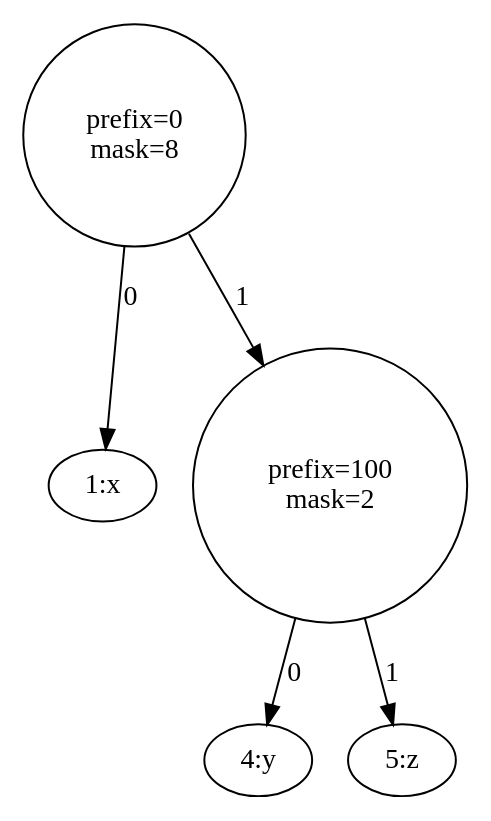
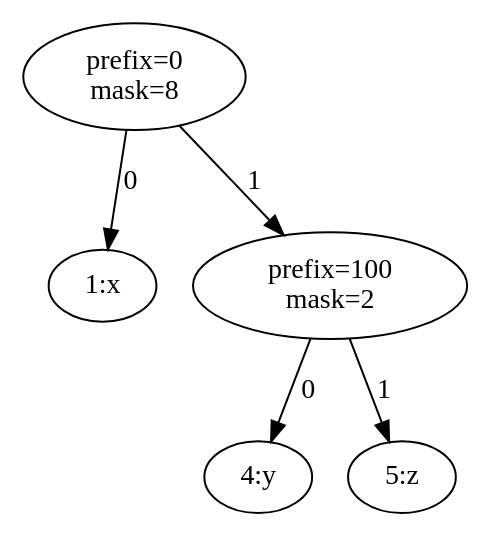
Before and after one commit to liuxinyu95/AlgoXY: the diagram in algo/datastruct/tree/trie/img/int-patricia-haskell-insert.dot, drawn with Graphviz. The commit also changed 1 other file, not shown here.

Commit message:
Updated the figure for haskell int patricia insertion.

```diff
--- a/algo/datastruct/tree/trie/img/int-patricia-haskell-insert.dot
+++ b/algo/datastruct/tree/trie/img/int-patricia-haskell-insert.dot
@@ -1,12 +1,12 @@
 digraph G{
-	node[shape=circle]
+	node[shape=ellipse]
 	t[label="prefix=0\nmask=8"];
-	t001[label="1:x", shape=ellipse];
+	t001[label="1:x"];
 	t->t001[label="0"]
 	t10[label="prefix=100\nmask=2"];
-	t100[label="4:y", shape=ellipse];
+	t100[label="4:y"];
 	t10->t100[label="0"]
-	t101[label="5:z", shape=ellipse];
+	t101[label="5:z"];
 	t10->t101[label="1"]
 	t->t10[label="1"]
 }
```
